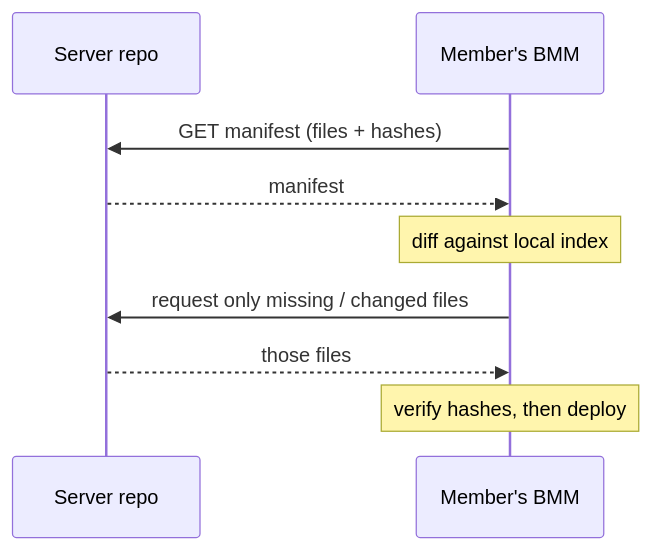
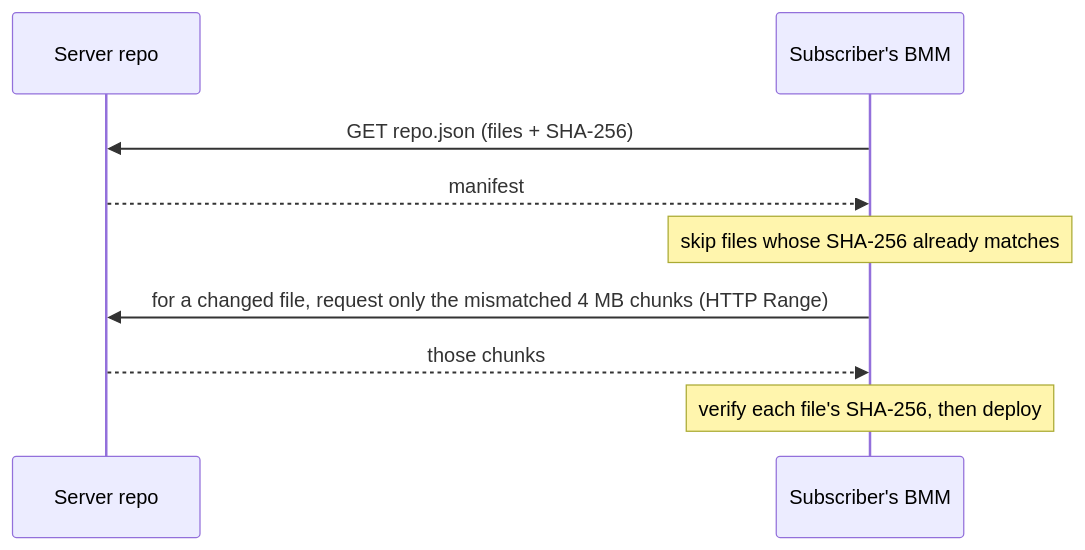
One commit to FreeProject089/BMM-Docs changed the second of 2 diagrams in docs/how-it-works/sync-repos.md. Above: the diagram before and after it, drawn with Mermaid. The commit also changed other lines of this file and 5 other files, not shown here.

````diff
--- a/docs/how-it-works/sync-repos.md
+++ b/docs/how-it-works/sync-repos.md
@@ -11,11 +39,11 @@
 ```mermaid
 sequenceDiagram
     participant Host as Server repo
-    participant Client as Member's BMM
-    Client->>Host: GET manifest (files + hashes)
+    participant Client as Subscriber's BMM
+    Client->>Host: GET repo.json (files + SHA-256)
     Host-->>Client: manifest
-    Note over Client: diff against local index
-    Client->>Host: request only missing / changed files
-    Host-->>Client: those files
-    Note over Client: verify hashes, then deploy
+    Note over Client: skip files whose SHA-256 already matches
+    Client->>Host: for a changed file, request only the mismatched 4 MB chunks (HTTP Range)
+    Host-->>Client: those chunks
+    Note over Client: verify each file's SHA-256, then deploy
 ```
````
